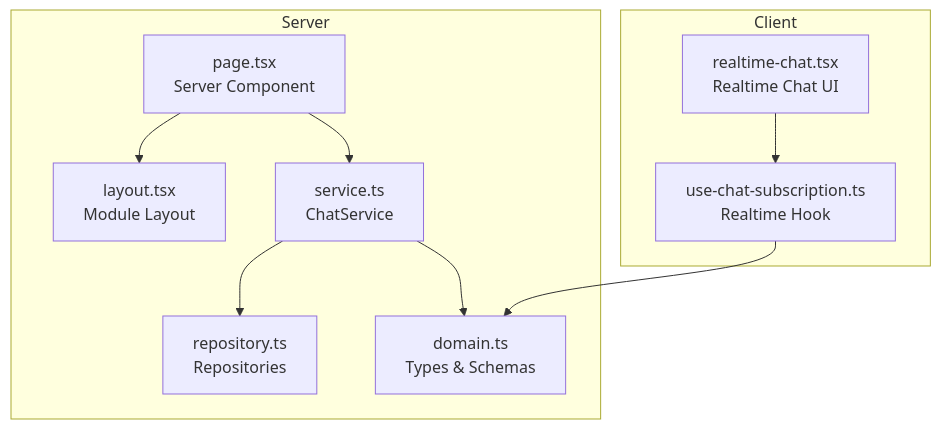
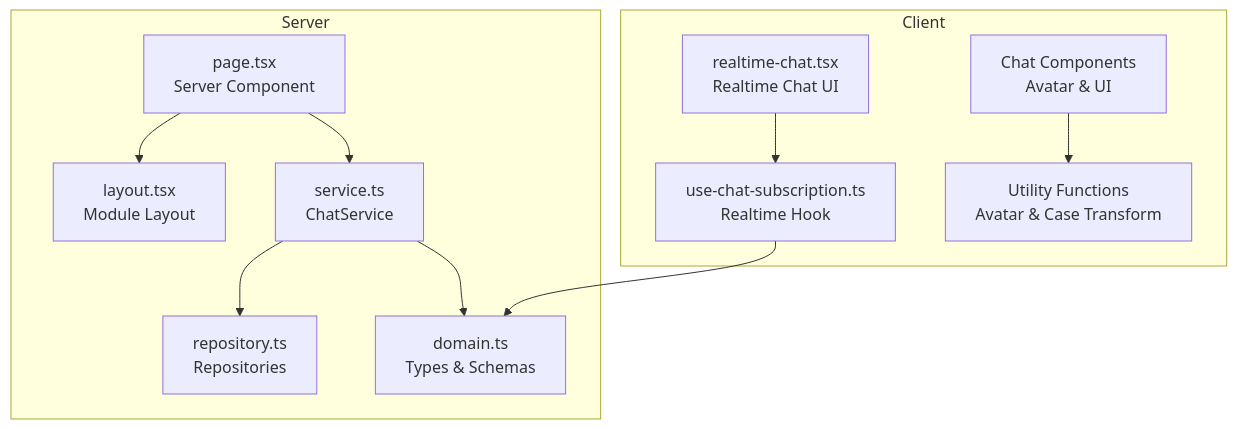
Before and after one commit to SinesysTech/zattar-os: the first of 6 diagrams in .qoder/repowiki/en/content/Real-time Features/Chat System.md, drawn with Mermaid. The commit also changed other lines of this file and 103 other files, not shown here.

````diff
--- a/.qoder/repowiki/en/content/Real-time Features/Chat System.md
+++ b/.qoder/repowiki/en/content/Real-time Features/Chat System.md
@@ -39,20 +59,23 @@
 ```mermaid
 graph TB
 subgraph "Server"
 Page["page.tsx<br/>Server Component"]
 Layout["layout.tsx<br/>Module Layout"]
 Service["service.ts<br/>ChatService"]
 Repo["repository.ts<br/>Repositories"]
 Domain["domain.ts<br/>Types & Schemas"]
 end
 subgraph "Client"
 Hook["use-chat-subscription.ts<br/>Realtime Hook"]
 RTComp["realtime-chat.tsx<br/>Realtime Chat UI"]
+Components["Chat Components<br/>Avatar & UI"]
+Utils["Utility Functions<br/>Avatar & Case Transform"]
 end
 Page --> Service
 Service --> Repo
 Service --> Domain
 Page --> Layout
 Hook --> Domain
 RTComp --> Hook
+Components --> Utils
 ```
````
